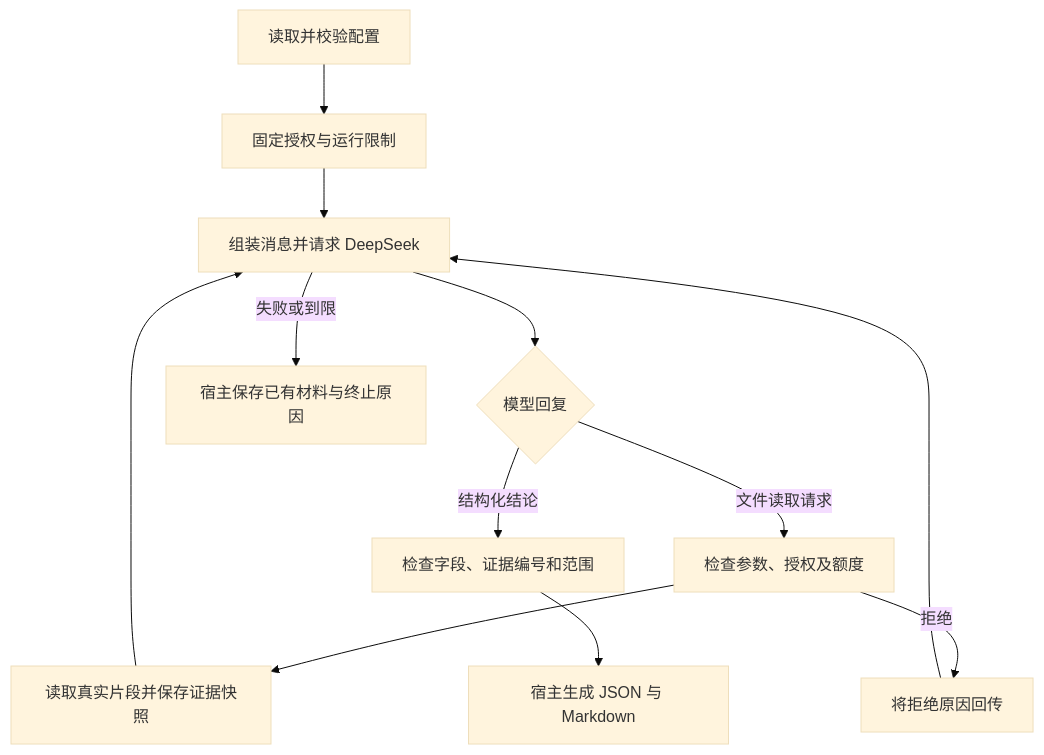
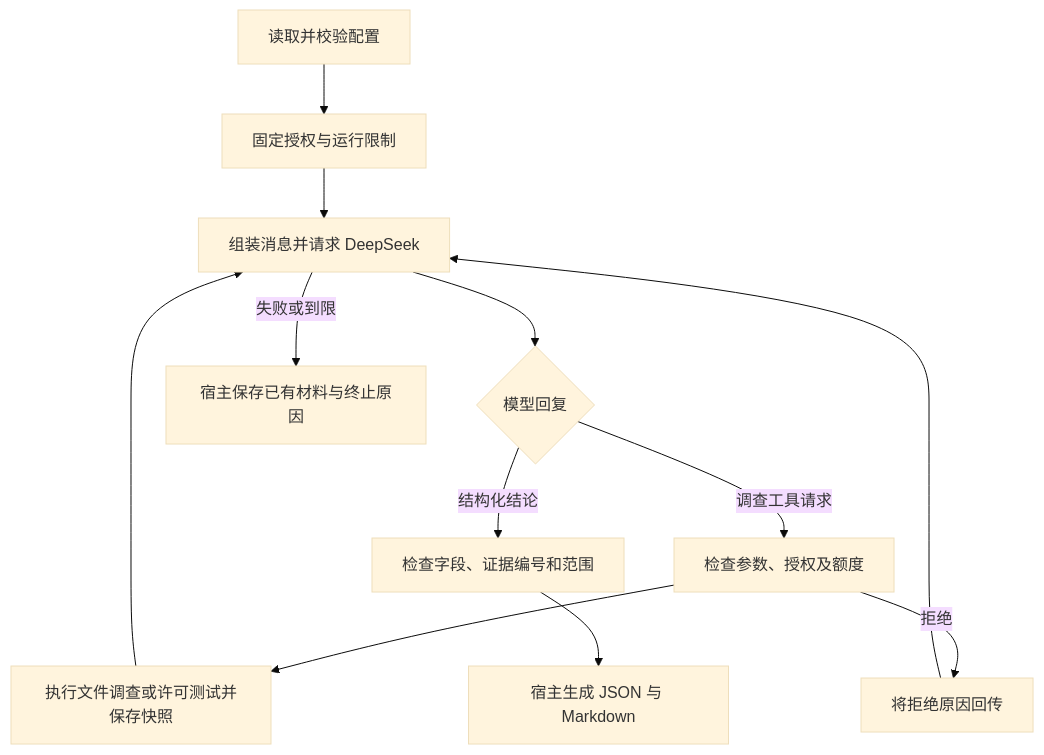
The diagram in README.md (Holly-Wang/root-cause-agent), drawn with Mermaid (base theme) before and after one commit. The commit also changed other lines of this file and 41 other files, not shown here.

````diff
--- a/README.md
+++ b/README.md
@@ -28,14 +33,14 @@
 ```mermaid
 flowchart TD
     A[读取并校验配置] --> B[固定授权与运行限制]
     B --> C[组装消息并请求 DeepSeek]
     C --> D{模型回复}
-    D -->|文件读取请求| E[检查参数、授权及额度]
-    E --> F[读取真实片段并保存证据快照]
+    D -->|调查工具请求| E[检查参数、授权及额度]
+    E --> F[执行文件调查或许可测试并保存快照]
     E -->|拒绝| G[将拒绝原因回传]
     F --> C
     G --> C
     D -->|结构化结论| H[检查字段、证据编号和范围]
     H --> I[宿主生成 JSON 与 Markdown]
     C -->|失败或到限| J[宿主保存已有材料与终止原因]
 ```
````
